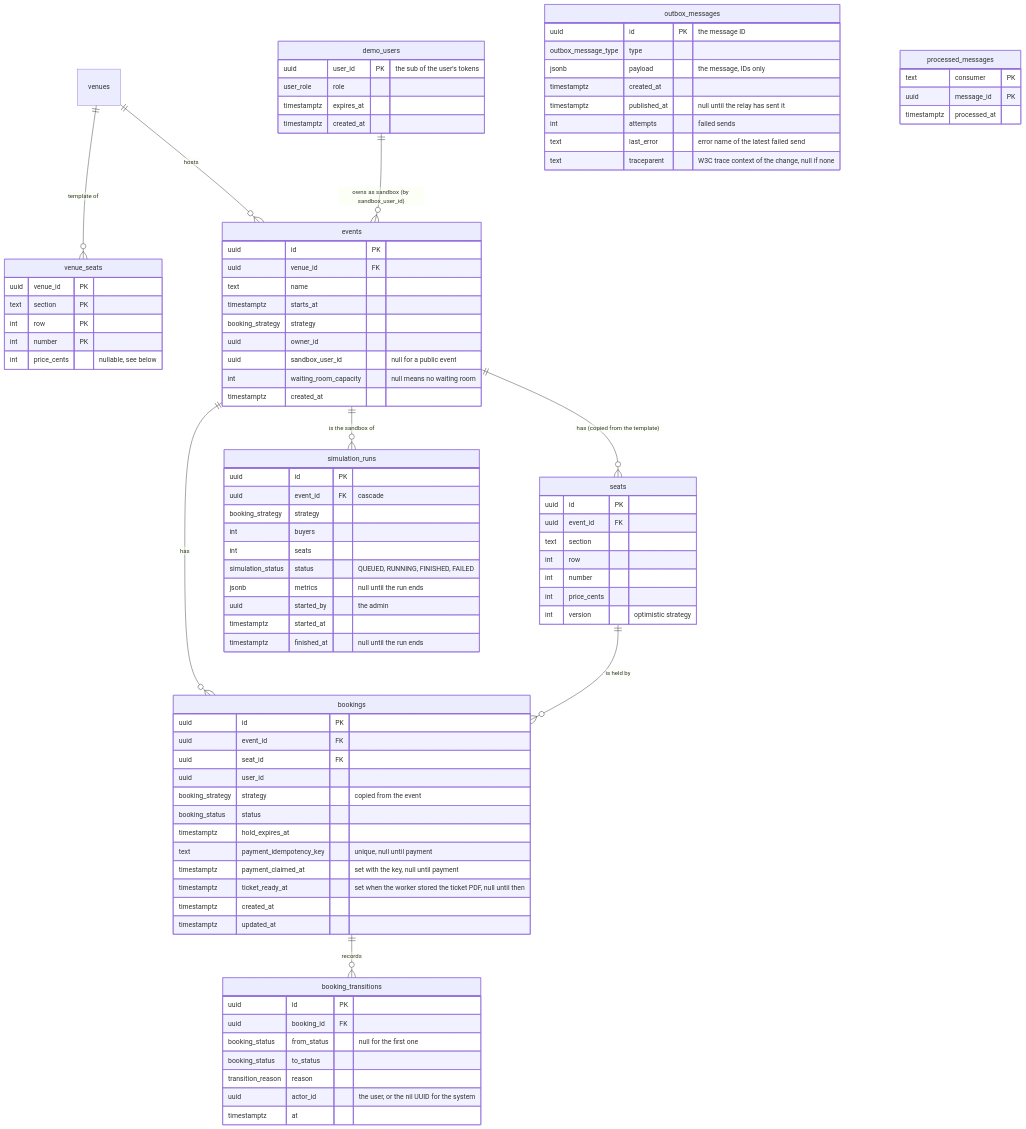
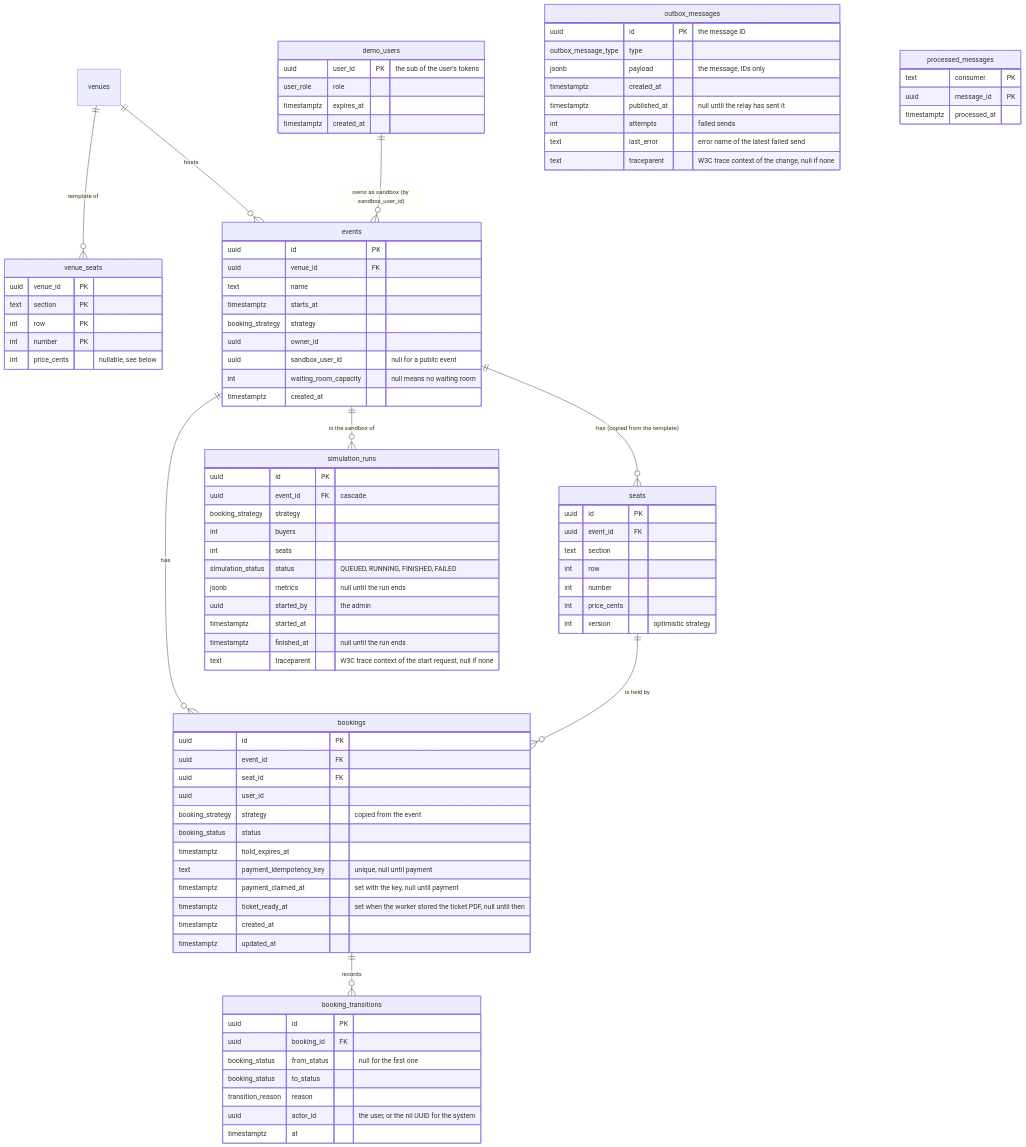
The first of 2 diagrams in docs/data-model.md (oguzbits/ticketmaster), drawn with Mermaid before and after one commit. The commit also changed other lines of this file and 25 other files, not shown here.

```diff
--- a/docs/data-model.md
+++ b/docs/data-model.md
@@ -76,6 +76,7 @@
         uuid started_by "the admin"
         timestamptz started_at
         timestamptz finished_at "null until the run ends"
+        text traceparent "W3C trace context of the start request, null if none"
     }
     booking_transitions {
         uuid id PK
```
